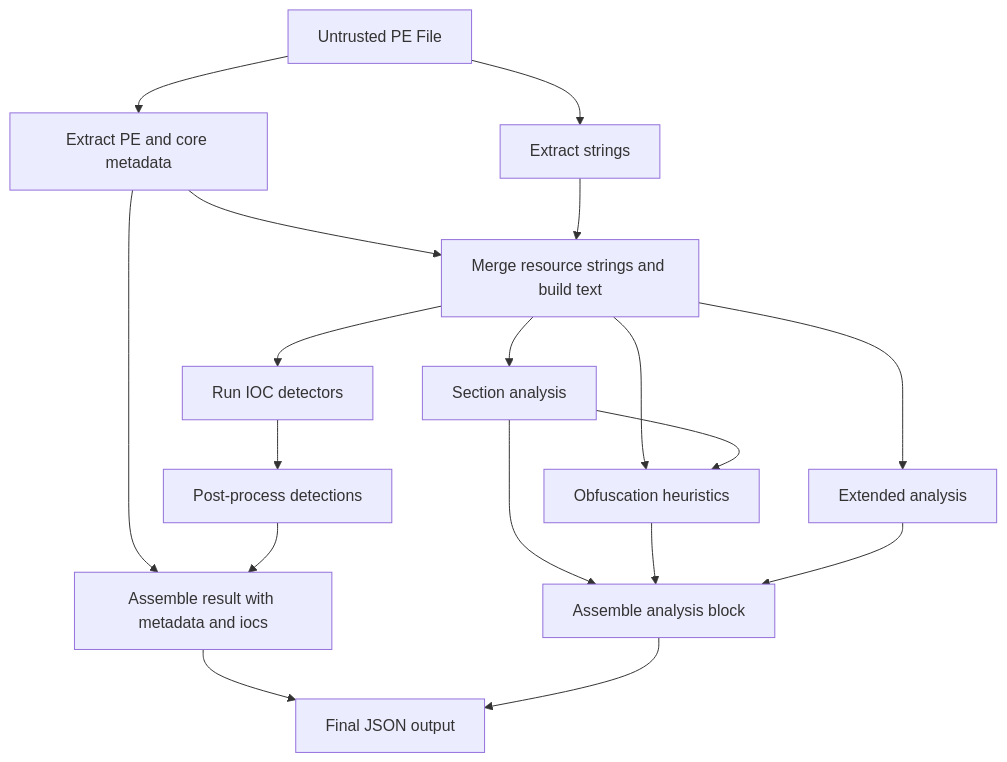
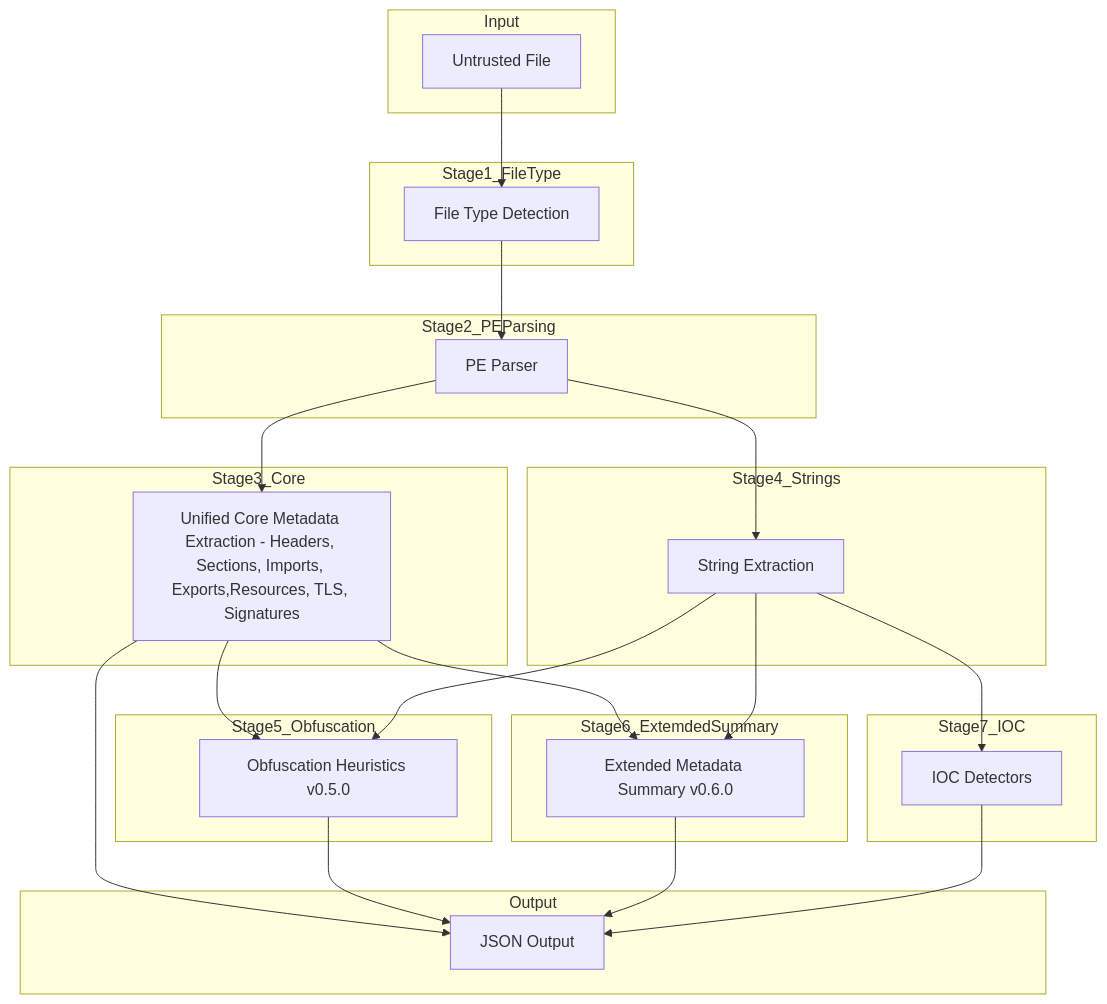
Before and after one commit to iocx-dev/iocx: the diagram in docs/pe-pipeline.md, drawn with Mermaid.

Commit message:
Reinstate old diagram

````diff
--- a/docs/pe-pipeline.md
+++ b/docs/pe-pipeline.md
@@ -33,49 +33,58 @@
 ```mermaid
 flowchart TD
 
-    %% Input
-    F[Untrusted PE File]
+    subgraph Input
+        F[Untrusted File]
+    end
 
-    %% Core extraction
-    META[Extract PE and core metadata]
-    STR[Extract strings]
-    MERGE[Merge resource strings and build text]
+    subgraph Stage1_FileType
+        MAGIC[File Type Detection]
+    end
 
-    %% Analysis stages
-    SECT[Section analysis]
-    OBF[Obfuscation heuristics]
-    EXT[Extended analysis]
+    subgraph Stage2_PEParsing
+        PE[PE Parser]
+    end
 
-    %% IOC detection
-    DETRUN[Run IOC detectors]
-    DETPOST[Post‑process detections]
+    subgraph Stage3_Core
+        CORE[Unified Core Metadata Extraction - Headers, Sections, Imports, Exports,Resources, TLS, Signatures]
+    end
 
-    %% Output
-    BUILDRES[Assemble result with metadata and iocs]
-    BUILDAN[Assemble analysis block]
-    OUT[Final JSON output]
+    subgraph Stage4_Strings
+        STR[String Extraction]
+    end
 
-    %% Linear flow
-    F --> META
-    F --> STR
-    META --> MERGE
-    STR --> MERGE
+    subgraph Stage5_Obfuscation
+        OBF[Obfuscation Heuristics v0.5.0]
+    end
 
-    MERGE --> SECT
-    MERGE --> OBF
-    MERGE --> EXT
+    subgraph Stage6_ExtemdedSummary
+        META6[Extended Metadata Summary v0.6.0]
+    end
 
-    SECT --> OBF
-    SECT --> BUILDAN
-    OBF --> BUILDAN
-    EXT --> BUILDAN
+    subgraph Stage7_IOC
+        DET[IOC Detectors]
+    end
 
-    MERGE --> DETRUN
-    DETRUN --> DETPOST
+    subgraph Output
+        OUT[JSON Output]
+    end
 
-    META --> BUILDRES
-    DETPOST --> BUILDRES
+    F --> MAGIC
+    MAGIC --> PE
 
-    BUILDRES --> OUT
-    BUILDAN --> OUT
+    PE --> CORE
+    PE --> STR
+
+    CORE --> OBF
+    STR --> OBF
+
+    CORE --> OUT
+    STR --> DET
+    OBF --> OUT
+
+    CORE--> META6
+    STR --> META6
+    META6 --> OUT
+
+    DET --> OUT
 ```
````
